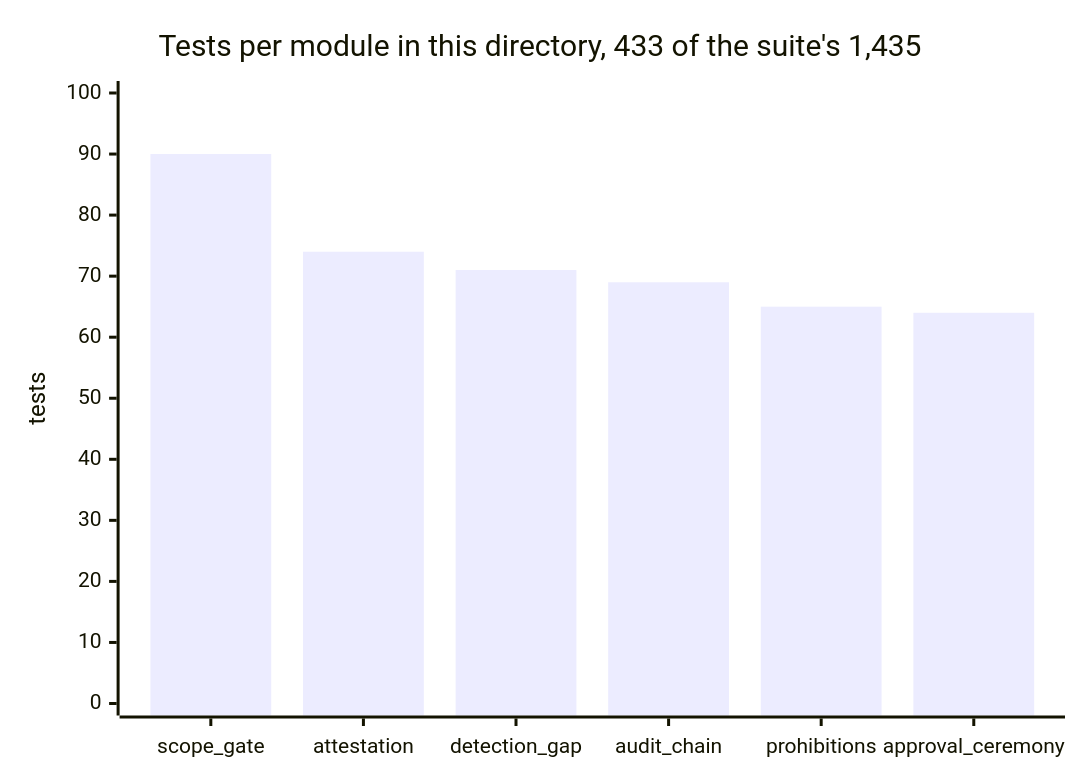
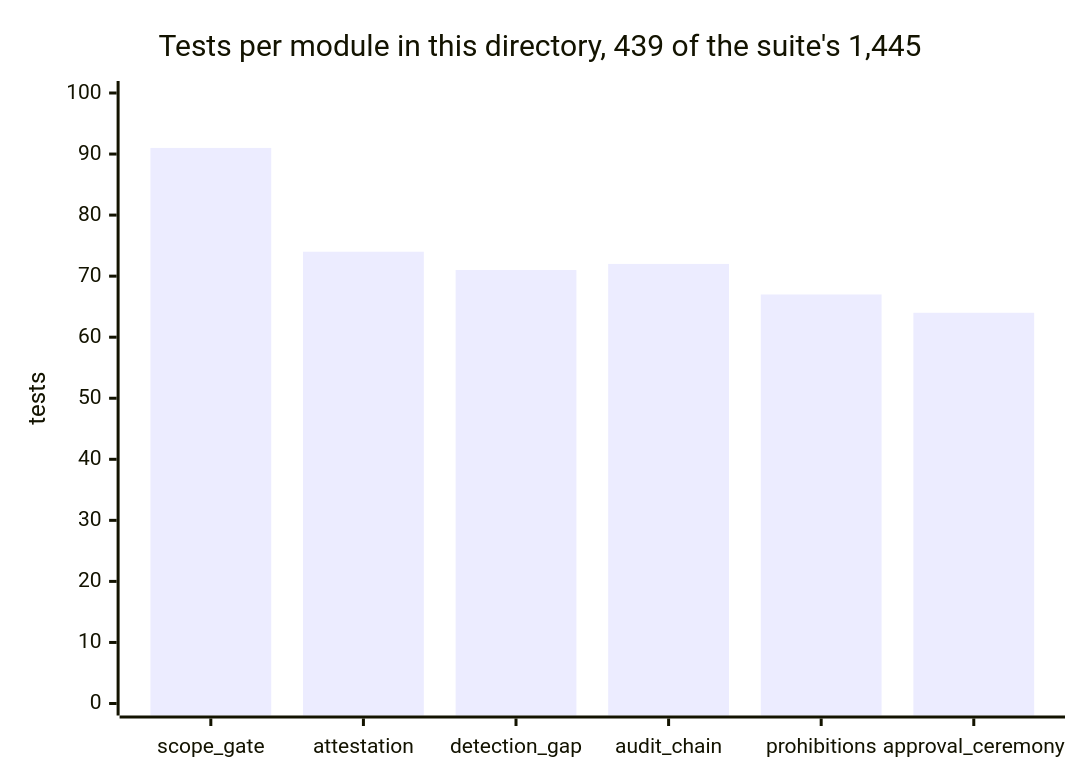
One commit to greeklinux/Showcase changed the ninth of 10 diagrams in blackgate/README.md. Above: the diagram before and after it, drawn with Mermaid. The commit also changed other lines of this file and 16 other files, not shown here.

````diff
--- a/blackgate/README.md
+++ b/blackgate/README.md
@@ -823,7 +827,7 @@
 ```mermaid
 xychart-beta
-    title "Tests per module in this directory, 433 of the suite's 1,435"
+    title "Tests per module in this directory, 439 of the suite's 1,445"
     x-axis ["scope_gate", "attestation", "detection_gap", "audit_chain", "prohibitions", "approval_ceremony"]
     y-axis "tests" 0 --> 100
-    bar [90, 74, 71, 69, 65, 64]
+    bar [91, 74, 71, 72, 67, 64]
 ```
````
